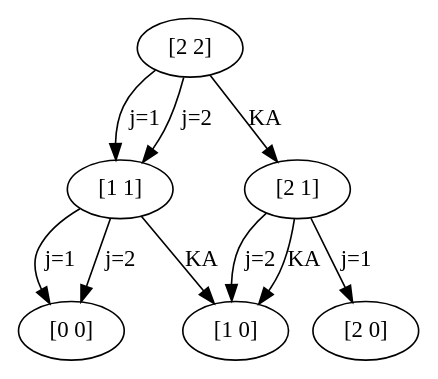
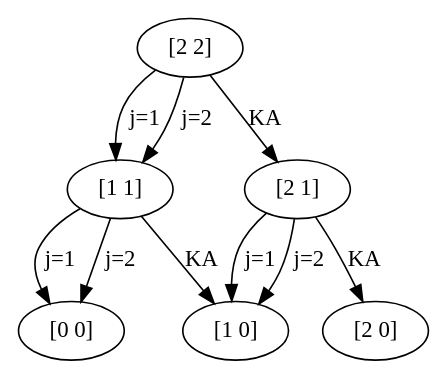
Before and after one commit to rb4k/MA-DP: the diagram in Bilder/Einfach2.dot, drawn with Graphviz. The commit also changed 23 other files, not shown here.

```diff
--- a/Bilder/Einfach2.dot
+++ b/Bilder/Einfach2.dot
@@ -1,19 +1,19 @@
 digraph {
 	graph [ratio="compress"nodesep=0.17 margin=0];
 	21	 [label="[2 2]"];
 	22	 [label="[1 1]"];
 	24	 [label="[2 1]"];
 	25	 [label="[0 0]"];
 	27	 [label="[1 0]"];
 	213 [label="[2 0]"];
 
 	21 -> 22 [label="j=1"];
 	21 -> 22 [label="j=2"];
 	21 -> 24 [label=KA];
 	22 -> 25 [label="j=1"];
 	22 -> 25 [label="j=2"];
 	22 -> 27 [label=KA];
-	24 -> 213 [label="j=1"];
+	24 -> 27 [label="j=1"];
 	24 -> 27 [label="j=2"];
-	24 -> 27 [label=KA];
+	24 -> 213 [label=KA];
 }
```
